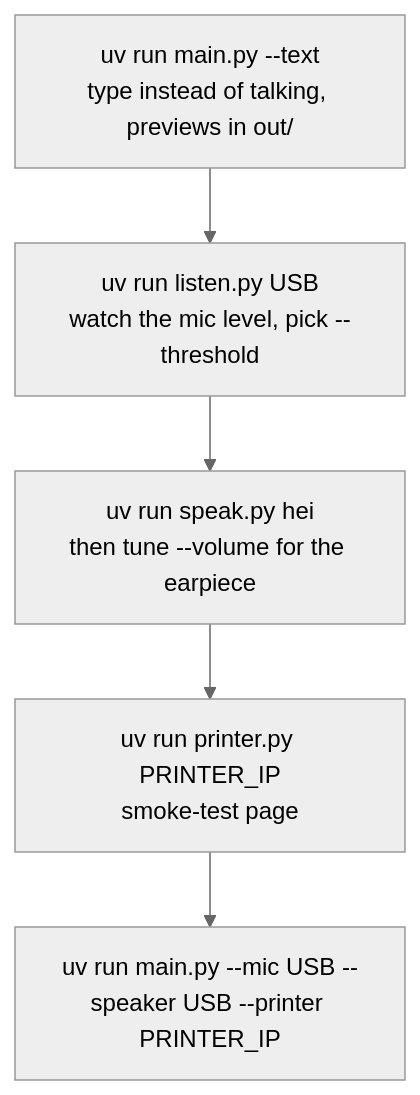
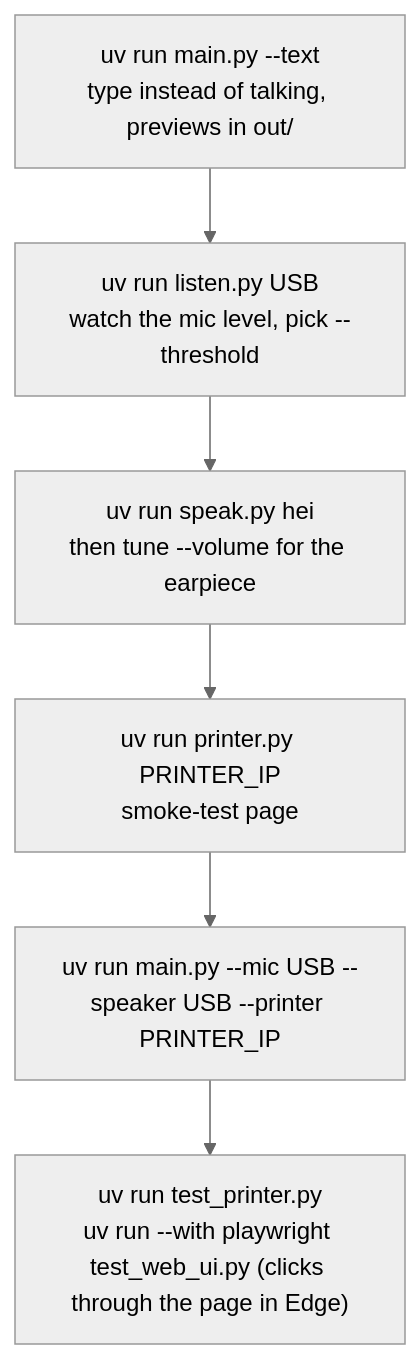
The tenth of 10 diagrams in README.md (bastiankrohg/weatherboy), drawn with Mermaid (neutral theme) before and after one commit. The commit also changed other lines of this file, not shown here.

````diff
--- a/README.md
+++ b/README.md
@@ -175,7 +180,8 @@
 ```mermaid
 flowchart TD
     A["uv run main.py --text<br/>type instead of talking, previews in out/"] --> B["uv run listen.py USB<br/>watch the mic level, pick --threshold"]
     B --> C["uv run speak.py hei<br/>then tune --volume for the earpiece"]
     C --> P["uv run printer.py PRINTER_IP<br/>smoke-test page"]
     P --> D["uv run main.py --mic USB --speaker USB --printer PRINTER_IP"]
+    D --> T["uv run test_printer.py<br/>uv run --with playwright test_web_ui.py (clicks through the page in Edge)"]
 ```
````
